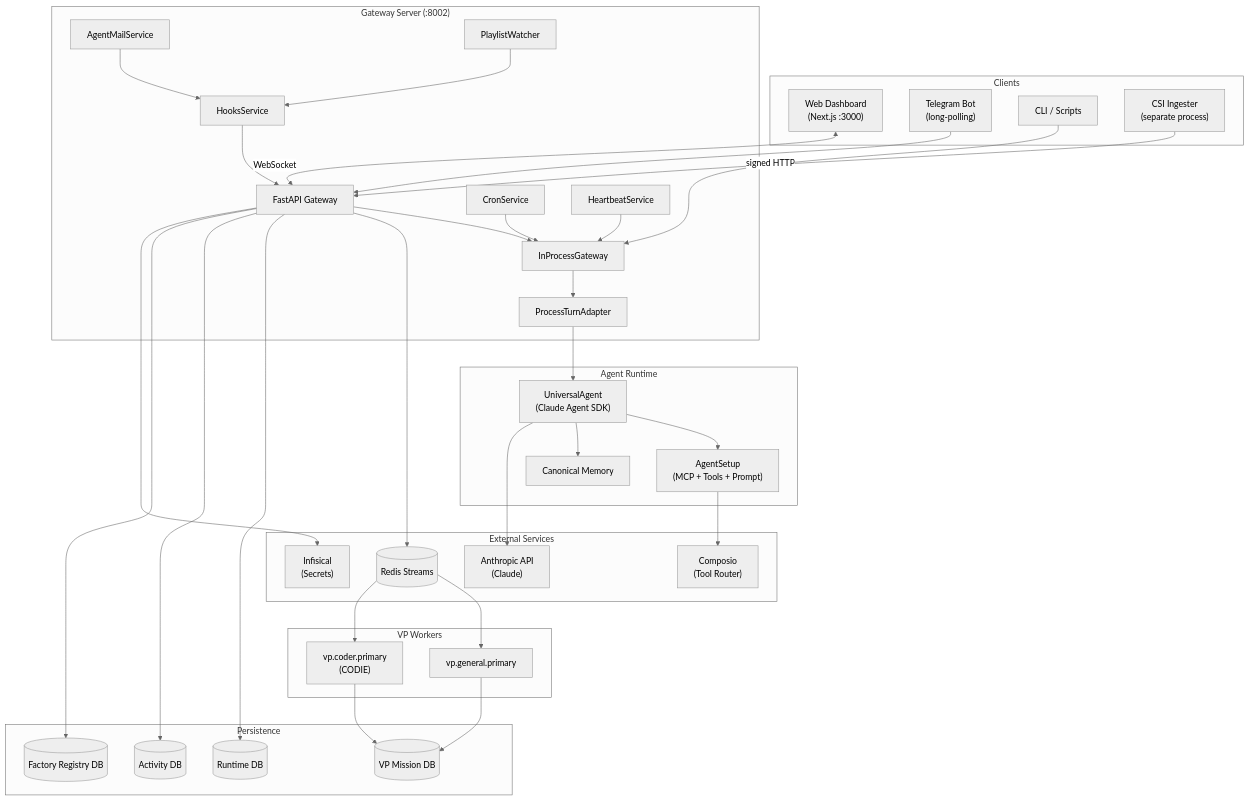
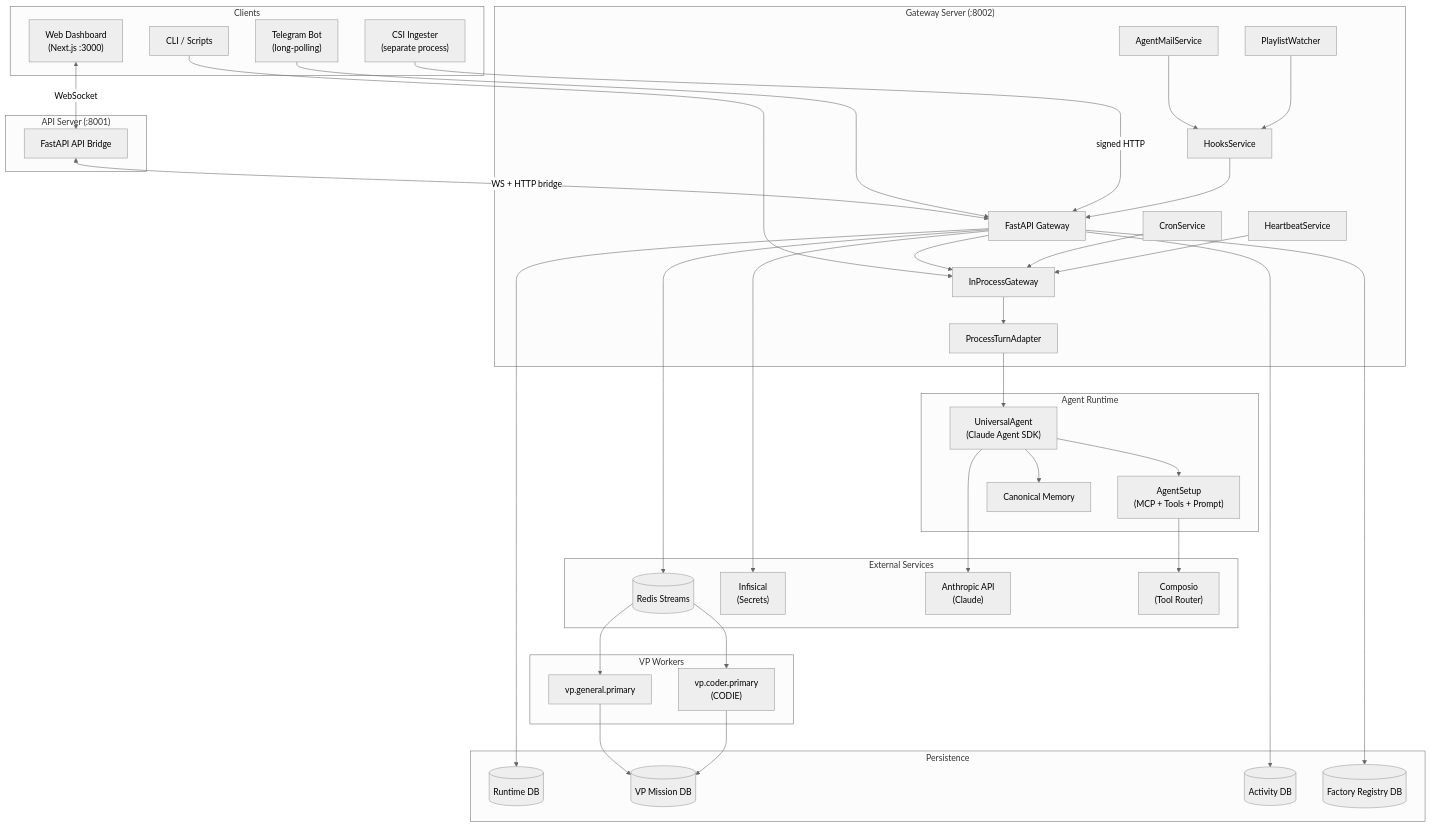
The first of 3 diagrams in docs/01_Architecture/01_System_Architecture_Overview.md (Kjdragan/universal_agent), drawn with Mermaid (neutral theme) before and after one commit. The commit also changed other lines of this file and 13 other files, not shown here.

````diff
--- a/docs/01_Architecture/01_System_Architecture_Overview.md
+++ b/docs/01_Architecture/01_System_Architecture_Overview.md
@@ -11,75 +11,80 @@
 ```mermaid
 graph TB
     subgraph Clients
         WebUI["Web Dashboard<br/>(Next.js :3000)"]
         TG["Telegram Bot<br/>(long-polling)"]
         CLI["CLI / Scripts"]
         CSI["CSI Ingester<br/>(separate process)"]
+    end
+
+    subgraph "API Server (:8001)"
+        API["FastAPI API Bridge"]
     end
 
     subgraph "Gateway Server (:8002)"
         GW["FastAPI Gateway"]
         IPG["InProcessGateway"]
         EE["ProcessTurnAdapter"]
         HS["HooksService"]
         CRON["CronService"]
         HB["HeartbeatService"]
         MAIL["AgentMailService"]
         YT["PlaylistWatcher"]
     end
 
     subgraph "Agent Runtime"
         UA["UniversalAgent<br/>(Claude Agent SDK)"]
         SETUP["AgentSetup<br/>(MCP + Tools + Prompt)"]
         MEM["Canonical Memory"]
     end
 
     subgraph "VP Workers"
         VPG["vp.general.primary"]
         VPC["vp.coder.primary<br/>(CODIE)"]
     end
 
     subgraph "External Services"
         REDIS[("Redis Streams")]
         INFISICAL["Infisical<br/>(Secrets)"]  
         CLAUDE["Anthropic API<br/>(Claude)"]
         COMPOSIO["Composio<br/>(Tool Router)"]
     end
 
     subgraph "Persistence"
         RTDB[("Runtime DB")]
         VPDB[("VP Mission DB")]
         ACTDB[("Activity DB")]
         REGDB[("Factory Registry DB")]
     end
 
-    WebUI <-->|WebSocket| GW
+    WebUI <-->|WebSocket| API
+    API <-->|WS + HTTP bridge| GW
     TG --> GW
     CLI --> IPG
     CSI -->|signed HTTP| GW
 
     GW --> IPG
     IPG --> EE
     EE --> UA
     UA --> SETUP
     UA --> MEM
     UA --> CLAUDE
     SETUP --> COMPOSIO
 
     HS --> GW
     CRON --> IPG
     HB --> IPG
     MAIL --> HS
     YT --> HS
 
     GW --> REDIS
     REDIS --> VPG
     REDIS --> VPC
     VPG --> VPDB
     VPC --> VPDB
 
     GW --> RTDB
     GW --> ACTDB
     GW --> REGDB
     GW --> INFISICAL
 ```
````
